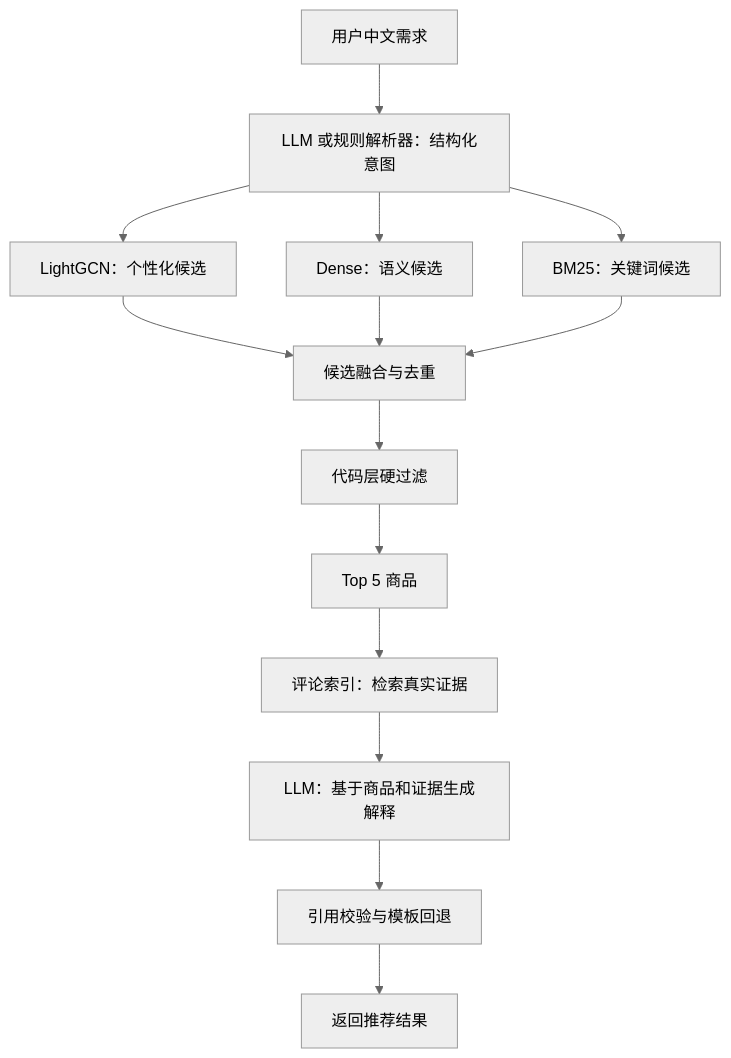
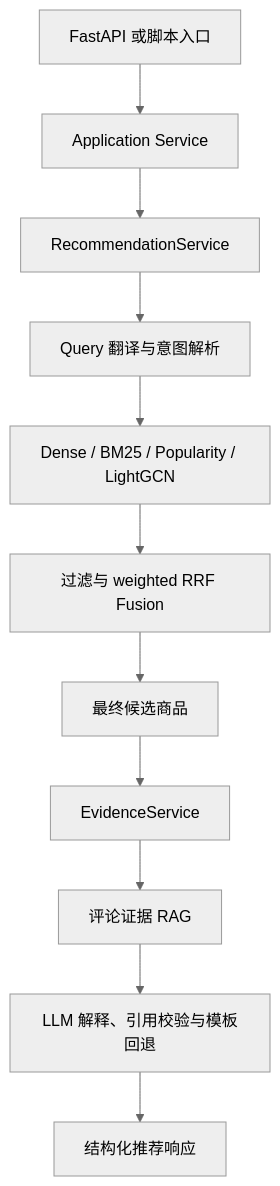
One commit to aqwddda/cartwise-recrag changed the first of 2 diagrams in docs/PROJECT_PLAN.md. Above: the diagram before and after it, drawn with Mermaid (neutral theme). The commit also changed other lines of this file and 5 other files, not shown here.

````diff
--- a/docs/PROJECT_PLAN.md
+++ b/docs/PROJECT_PLAN.md
@@ -72,16 +82,13 @@
 ```mermaid
 flowchart TD
-    A["用户中文需求"] --> B["LLM 或规则解析器：结构化意图"]
-    B --> C["LightGCN：个性化候选"]
-    B --> D["Dense：语义候选"]
-    B --> E["BM25：关键词候选"]
-    C --> F["候选融合与去重"]
-    D --> F
-    E --> F
-    F --> G["代码层硬过滤"]
-    G --> H["Top 5 商品"]
-    H --> I["评论索引：检索真实证据"]
-    I --> J["LLM：基于商品和证据生成解释"]
-    J --> K["引用校验与模板回退"]
-    K --> L["返回推荐结果"]
+    A["FastAPI 或脚本入口"] --> B["Application Service"]
+    B --> C["RecommendationService"]
+    C --> D["Query 翻译与意图解析"]
+    D --> E["Dense / BM25 / Popularity / LightGCN"]
+    E --> F["过滤与 weighted RRF Fusion"]
+    F --> G["最终候选商品"]
+    G --> H["EvidenceService"]
+    H --> I["评论证据 RAG"]
+    I --> J["LLM 解释、引用校验与模板回退"]
+    J --> K["结构化推荐响应"]
 ```
````
